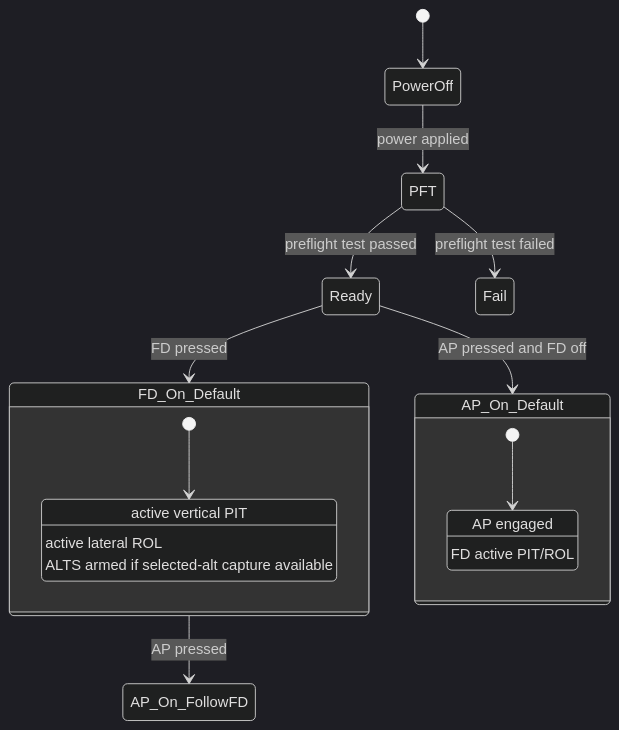
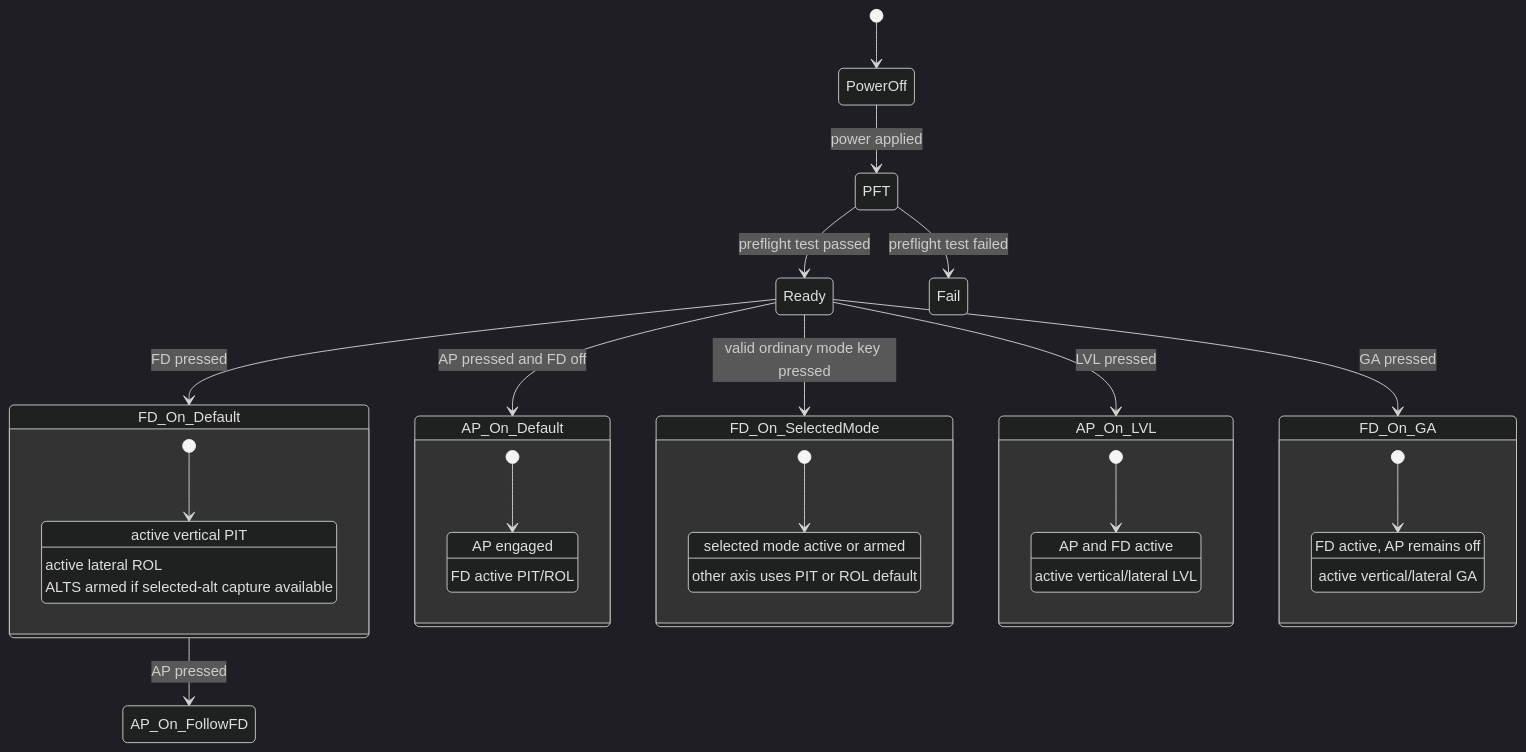
The first of 4 diagrams in docs/state-machines/gfc600-mode-state-machines.md (br4593/gfc600_esp32_freertos), drawn with Mermaid (dark theme) before and after one commit. The commit also changed other lines of this file and 46 other files, not shown here.

````diff
--- a/docs/state-machines/gfc600-mode-state-machines.md
+++ b/docs/state-machines/gfc600-mode-state-machines.md
@@ -27,24 +27,45 @@
 ```mermaid
 stateDiagram-v2
     [*] --> PowerOff
     PowerOff --> PFT: power applied
     PFT --> Ready: preflight test passed
     PFT --> Fail: preflight test failed
 
     Ready --> FD_On_Default: FD pressed
     Ready --> AP_On_Default: AP pressed and FD off
+    Ready --> FD_On_SelectedMode: valid ordinary mode key pressed
+    Ready --> AP_On_LVL: LVL pressed
+    Ready --> FD_On_GA: GA pressed
     FD_On_Default --> AP_On_FollowFD: AP pressed
 
     state FD_On_Default {
         [*] --> PIT_ROL
         PIT_ROL: active vertical PIT
         PIT_ROL: active lateral ROL
         PIT_ROL: ALTS armed if selected-alt capture available
     }
 
     state AP_On_Default {
         [*] --> AP_PIT_ROL
         AP_PIT_ROL: AP engaged
         AP_PIT_ROL: FD active PIT/ROL
     }
+
+    state FD_On_SelectedMode {
+        [*] --> SelectedAxis
+        SelectedAxis: selected mode active or armed
+        SelectedAxis: other axis uses PIT or ROL default
+    }
+
+    state AP_On_LVL {
+        [*] --> AP_LVL_LVL
+        AP_LVL_LVL: AP and FD active
+        AP_LVL_LVL: active vertical/lateral LVL
+    }
+
+    state FD_On_GA {
+        [*] --> FD_GA_GA
+        FD_GA_GA: FD active, AP remains off
+        FD_GA_GA: active vertical/lateral GA
+    }
 ```
````
